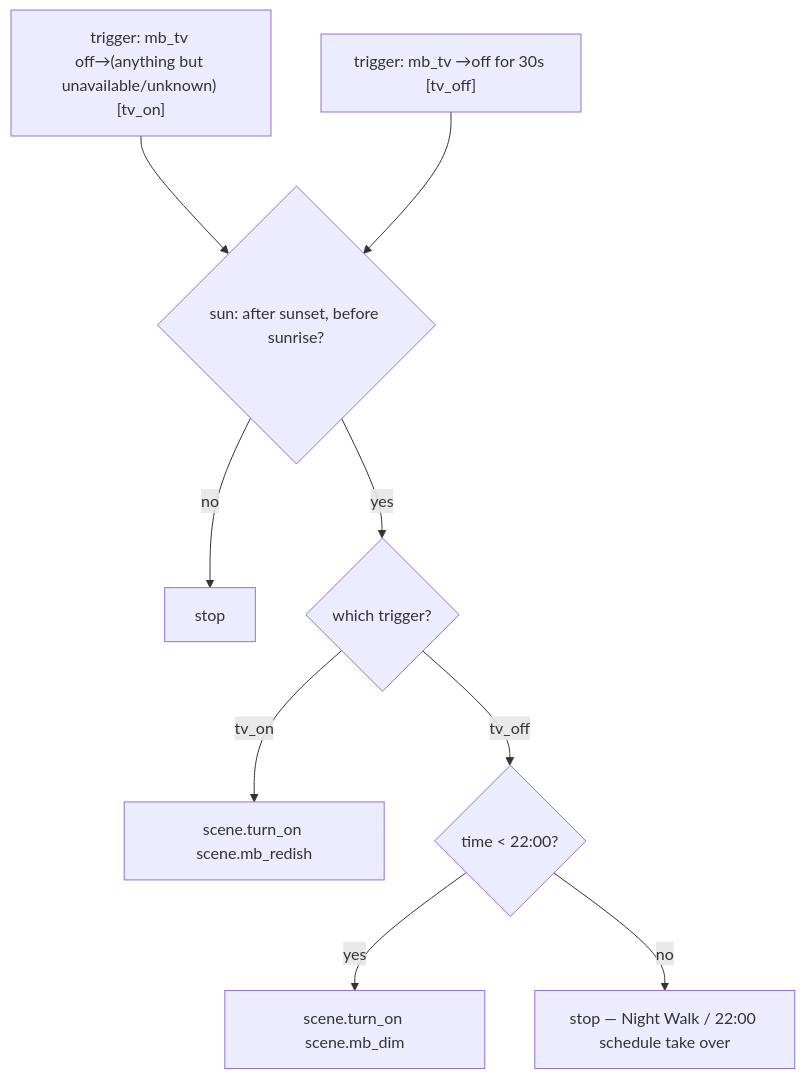
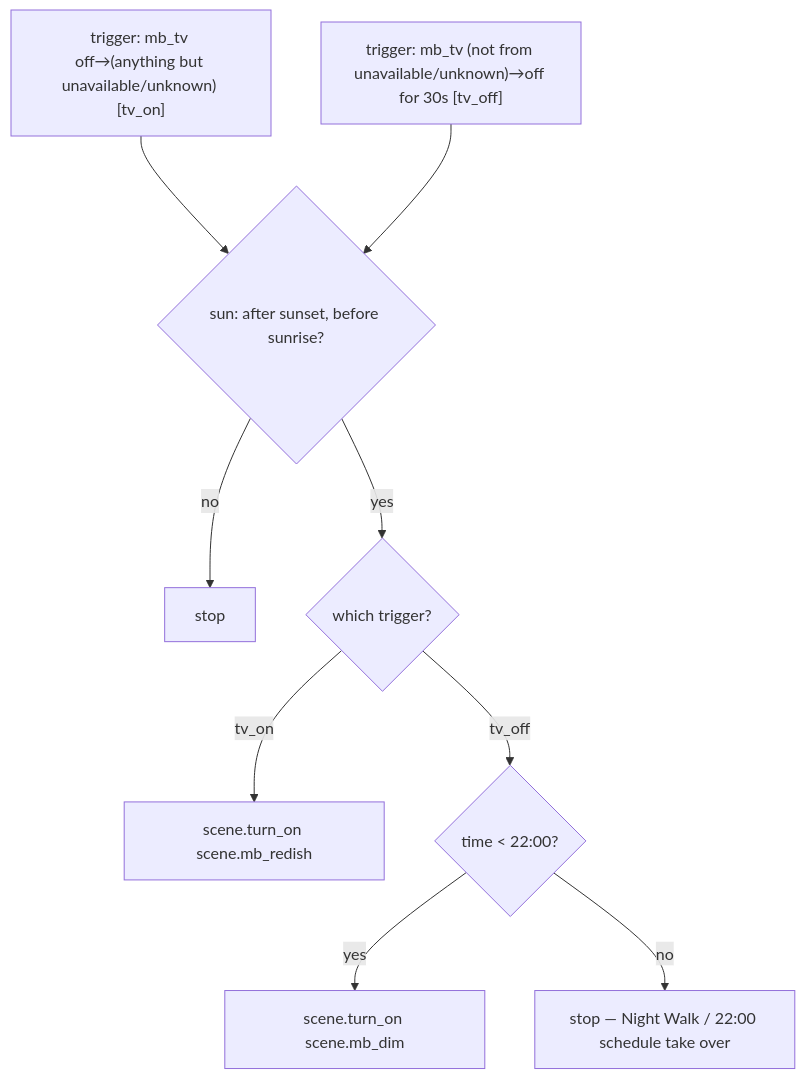
The second of 2 diagrams in docs/automations/master_bedroom.md (nerami/terminus-config), drawn with Mermaid before and after one commit. The commit also changed other lines of this file and 5 other files, not shown here.

````diff
--- a/docs/automations/master_bedroom.md
+++ b/docs/automations/master_bedroom.md
@@ -41,14 +45,14 @@
 ```mermaid
 flowchart TD
     T1["trigger: mb_tv off→(anything but unavailable/unknown) [tv_on]"]
-    T2["trigger: mb_tv →off for 30s [tv_off]"]
+    T2["trigger: mb_tv (not from unavailable/unknown)→off for 30s [tv_off]"]
     T1 --> C
     T2 --> C
     C{"sun: after sunset, before sunrise?"}
     C -- no --> X["stop"]
     C -- yes --> W{"which trigger?"}
     W -- tv_on --> RED["scene.turn_on scene.mb_redish"]
     W -- tv_off --> C2{"time < 22:00?"}
     C2 -- yes --> DIM["scene.turn_on scene.mb_dim"]
     C2 -- no --> X2["stop — Night Walk / 22:00 schedule take over"]
 ```
````
